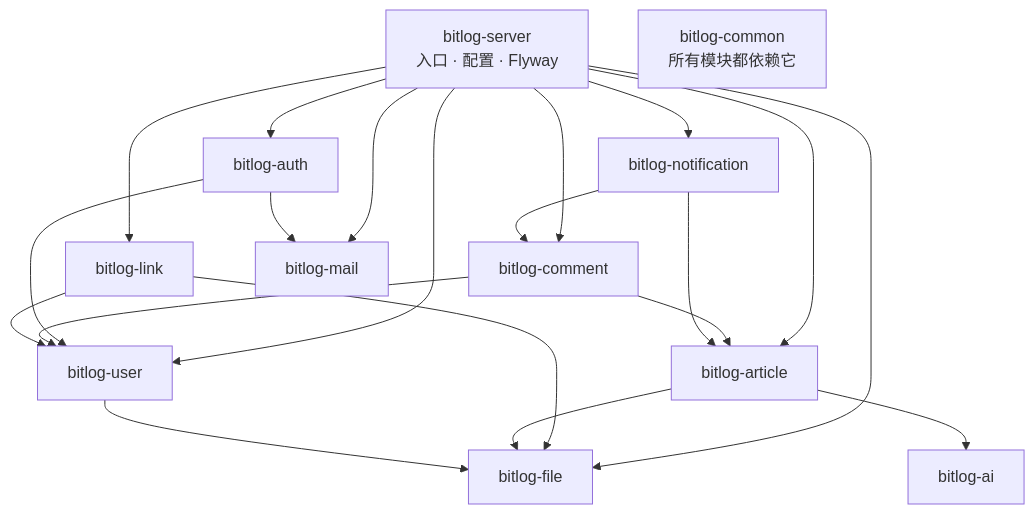
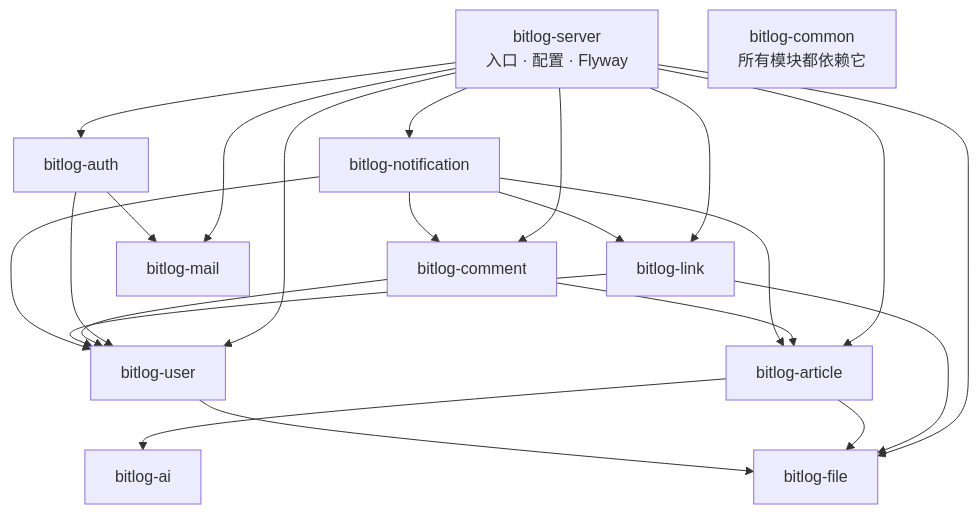
Before and after one commit to hleidev/bitlog: the diagram in docs/architecture.md, drawn with Mermaid. The commit also changed 10 other files, not shown here.

````diff
--- a/docs/architecture.md
+++ b/docs/architecture.md
@@ -30,26 +30,28 @@
 ```mermaid
 graph TD
     server[bitlog-server<br/>入口 · 配置 · Flyway]
     server --> auth[bitlog-auth]
     server --> article[bitlog-article]
     server --> comment[bitlog-comment]
     server --> link[bitlog-link]
     server --> user[bitlog-user]
     server --> file[bitlog-file]
     server --> mail[bitlog-mail]
     server --> notification[bitlog-notification]
 
     auth --> user
     auth --> mail
     comment --> article
     comment --> user
     link --> user
     link --> file
     article --> ai[bitlog-ai]
     article --> file
     user --> file
     notification --> comment
     notification --> article
+    notification --> user
+    notification --> link
 
     common[bitlog-common<br/>所有模块都依赖它]
 ```
````
